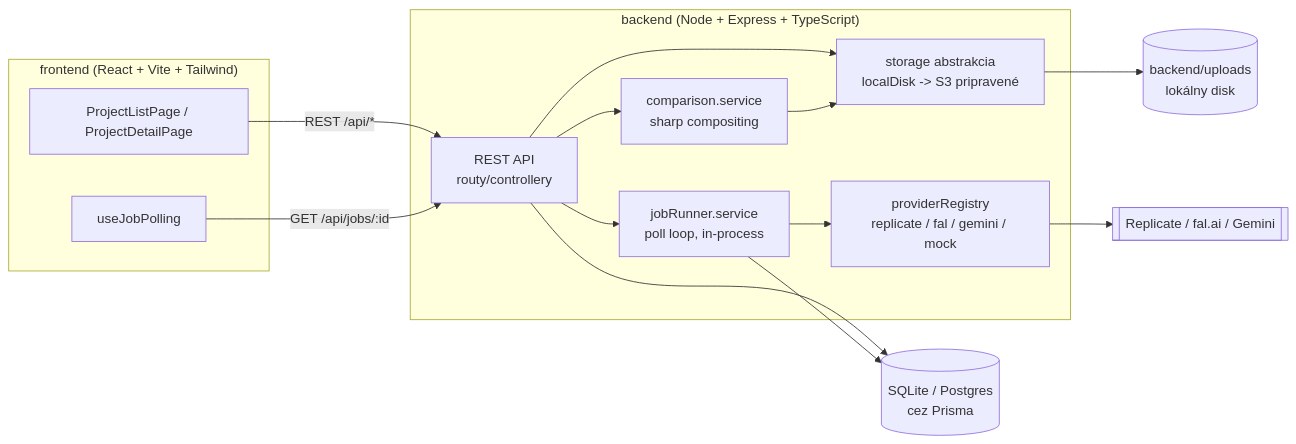
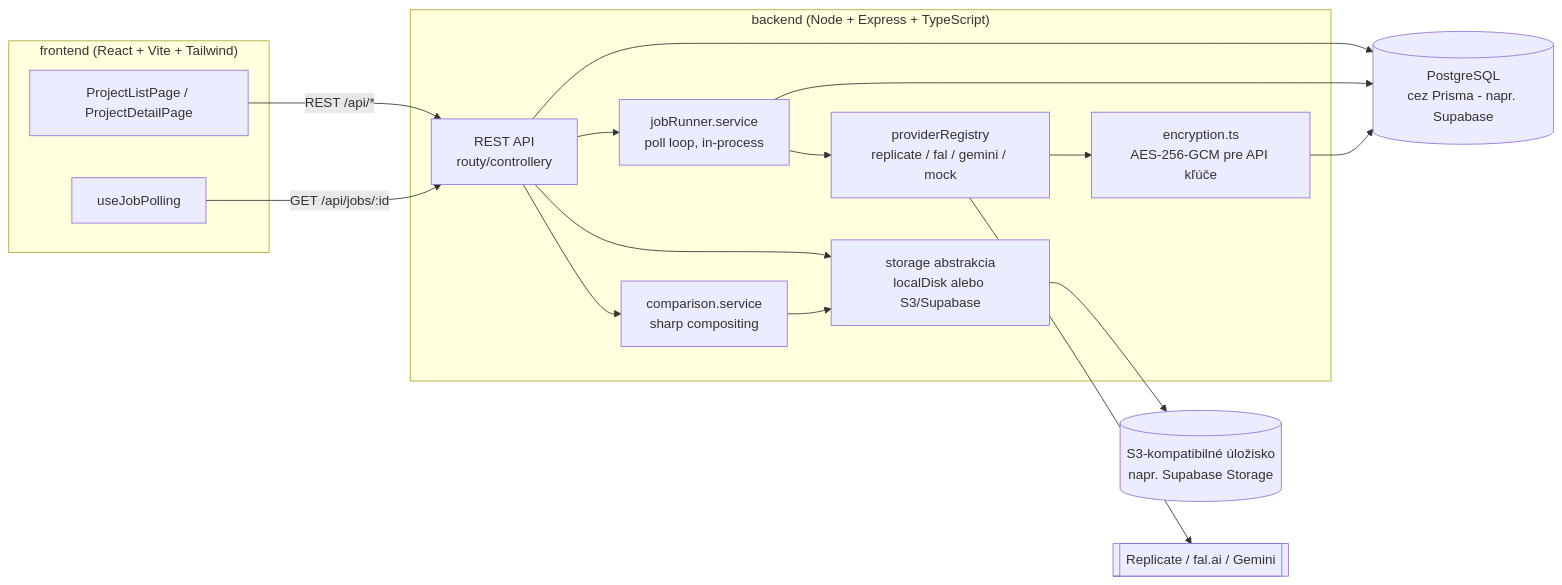
Before and after one commit to kulmartin-debug/designapp: the diagram in README.md, drawn with Mermaid. The commit also changed other lines of this file and 19 other files, not shown here.

First line of the commit message:
Migrate to PostgreSQL + Supabase Storage, encrypt stored API keys, add Render deploy config

````diff
--- a/README.md
+++ b/README.md
@@ -11,28 +11,30 @@
 ```mermaid
 flowchart LR
     subgraph Frontend["frontend (React + Vite + Tailwind)"]
         UI[ProjectListPage / ProjectDetailPage]
         Poll[useJobPolling]
     end
 
     subgraph Backend["backend (Node + Express + TypeScript)"]
         API[REST API\nrouty/controllery]
         JobRunner[jobRunner.service\npoll loop, in-process]
         Providers[providerRegistry\nreplicate / fal / gemini / mock]
-        Storage[storage abstrakcia\nlocalDisk -> S3 pripravené]
+        Storage[storage abstrakcia\nlocalDisk alebo S3/Supabase]
         Sharp[comparison.service\nsharp compositing]
+        Crypto[encryption.ts\nAES-256-GCM pre API kľúče]
     end
 
-    DB[(SQLite / Postgres\ncez Prisma)]
-    Disk[(backend/uploads\nlokálny disk)]
+    DB[(PostgreSQL\ncez Prisma - napr. Supabase)]
+    Bucket[(S3-kompatibilné úložisko\nnapr. Supabase Storage)]
     ExtAPI[[Replicate / fal.ai / Gemini]]
 
     UI -->|REST /api/*| API
     Poll -->|GET /api/jobs/:id| API
     API --> DB
-    API --> Storage --> Disk
+    API --> Storage --> Bucket
     API --> JobRunner
     JobRunner --> Providers --> ExtAPI
     JobRunner --> DB
     API --> Sharp --> Storage
+    Providers --> Crypto --> DB
 ```
````
